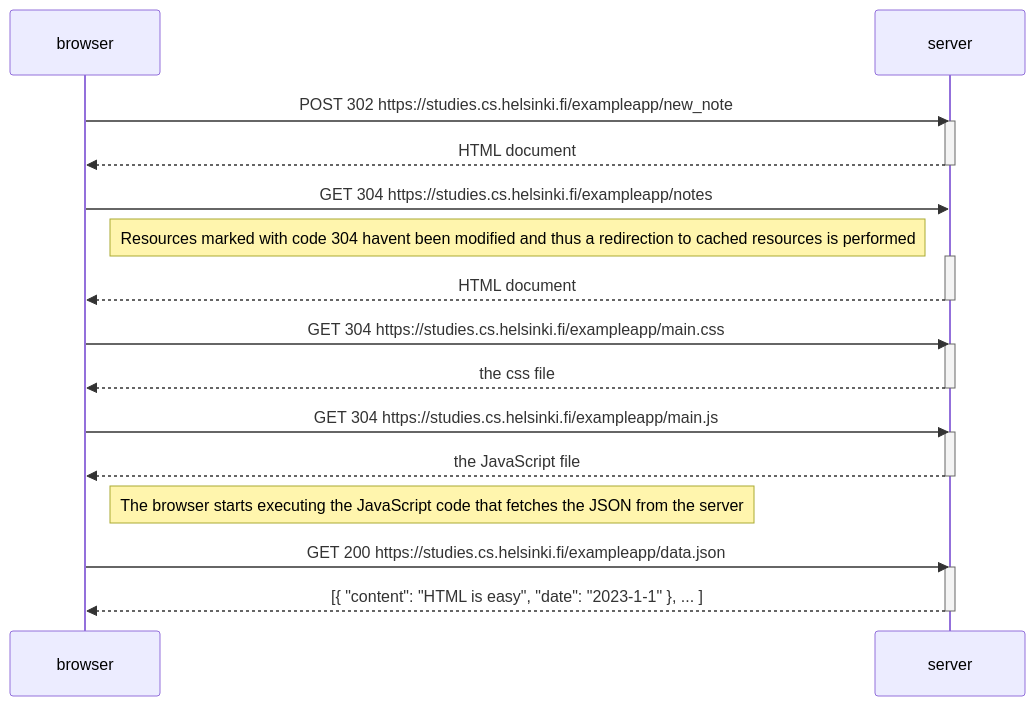
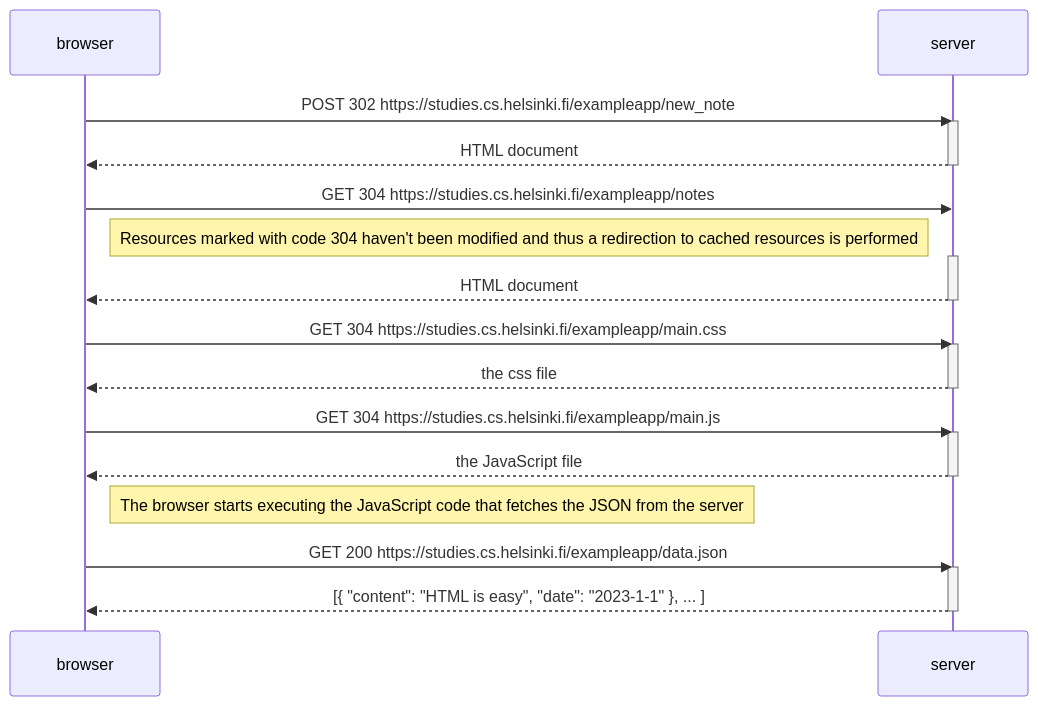
The diagram in osa0/04.md (PTJaeger/palautusrepositorio), drawn with Mermaid before and after one commit. The commit also changed 1 other file, not shown here.

````diff
--- a/osa0/04.md
+++ b/osa0/04.md
@@ -1,35 +1,35 @@
 ```mermaid
 sequenceDiagram
     participant browser
     participant server
     
     browser->>server: POST 302 https://studies.cs.helsinki.fi/exampleapp/new_note 
     activate server
     server-->>browser: HTML document
     deactivate server
 
     browser->>server: GET 304 https://studies.cs.helsinki.fi/exampleapp/notes 
-    Note right of browser: Resources marked with code 304 havent been modified and thus a redirection to cached resources is performed
+    Note right of browser: Resources marked with code 304 haven't been modified and thus a redirection to cached resources is performed
     activate server
     server-->>browser: HTML document
     deactivate server
 
     
     
     browser->>server: GET 304 https://studies.cs.helsinki.fi/exampleapp/main.css 
     activate server
     server-->>browser: the css file
     deactivate server
     
     browser->>server: GET 304 https://studies.cs.helsinki.fi/exampleapp/main.js 
     activate server
     server-->>browser: the JavaScript file
     deactivate server
     
     Note right of browser: The browser starts executing the JavaScript code that fetches the JSON from the server
     
     browser->>server: GET 200 https://studies.cs.helsinki.fi/exampleapp/data.json 
     activate server
     server-->>browser: [{ "content": "HTML is easy", "date": "2023-1-1" }, ... ]
     deactivate server
 ```
````
